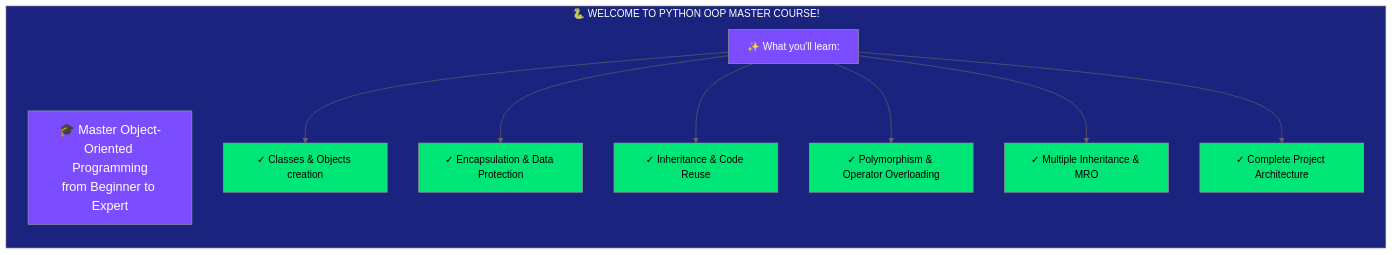
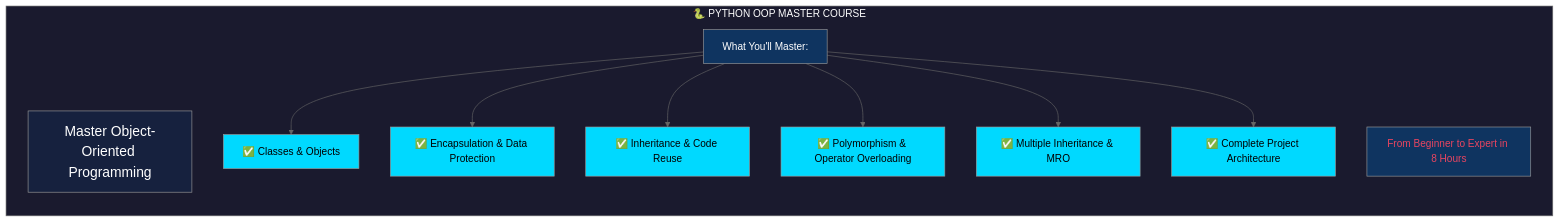
One commit to Lagmouchyoussef/Python-Practical-Works changed the first of 22 diagrams in README.md. Above: the diagram before and after it, drawn with Mermaid (neutral theme). The commit also changed other lines of this file, not shown here.

````diff
--- a/README.md
+++ b/README.md
@@ -51,31 +56,34 @@
 ```mermaid
 flowchart TB
-    subgraph Banner[🐍 WELCOME TO PYTHON OOP MASTER COURSE!]
+    subgraph Intro["🐍 PYTHON OOP MASTER COURSE"]
         direction TB
-        Title["🎓 Master Object-Oriented Programming<br/>from Beginner to Expert"]:::title
-        Learn["✨ What you'll learn:"]:::subtitle
-        L1["✓ Classes & Objects creation"]:::item
-        L2["✓ Encapsulation & Data Protection"]:::item
-        L3["✓ Inheritance & Code Reuse"]:::item
-        L4["✓ Polymorphism & Operator Overloading"]:::item
-        L5["✓ Multiple Inheritance & MRO"]:::item
-        L6["✓ Complete Project Architecture"]:::item
+        Title["Master Object-Oriented Programming"]:::title
+        Subtitle["From Beginner to Expert in 8 Hours"]:::subtitle
         
-        Learn --> L1
-        Learn --> L2
-        Learn --> L3
-        Learn --> L4
-        Learn --> L5
-        Learn --> L6
+        Features["What You'll Master:"]:::featureTitle
+        F1["✅ Classes & Objects"]:::feature
+        F2["✅ Encapsulation & Data Protection"]:::feature
+        F3["✅ Inheritance & Code Reuse"]:::feature
+        F4["✅ Polymorphism & Operator Overloading"]:::feature
+        F5["✅ Multiple Inheritance & MRO"]:::feature
+        F6["✅ Complete Project Architecture"]:::feature
+        
+        Features --> F1
+        Features --> F2
+        Features --> F3
+        Features --> F4
+        Features --> F5
+        Features --> F6
     end
     
-    style Banner fill:#1a237e,color:#fff
-    style Title fill:#7c4dff,color:#fff,font-size:20px
-    style Learn fill:#7c4dff,color:#fff,font-size:16px
-    style L1 fill:#00e676,color:#000
-    style L2 fill:#00e676,color:#000
-    style L3 fill:#00e676,color:#000
-    style L4 fill:#00e676,color:#000
-    style L5 fill:#00e676,color:#000
-    style L6 fill:#00e676,color:#000
+    style Intro fill:#1a1a2e,color:#fff
+    style Title fill:#16213e,color:#fff,font-size:22px
+    style Subtitle fill:#0f3460,color:#e94560,font-size:16px
+    style Features fill:#0f3460,color:#fff
+    style F1 fill:#00d9ff,color:#000
+    style F2 fill:#00d9ff,color:#000
+    style F3 fill:#00d9ff,color:#000
+    style F4 fill:#00d9ff,color:#000
+    style F5 fill:#00d9ff,color:#000
+    style F6 fill:#00d9ff,color:#000
 ```
````
